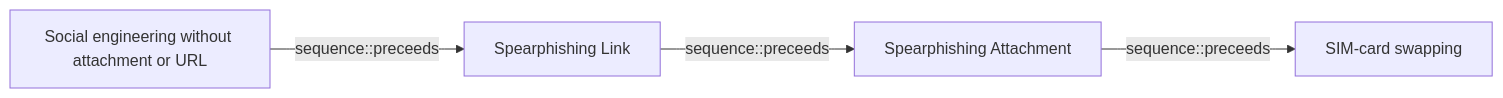
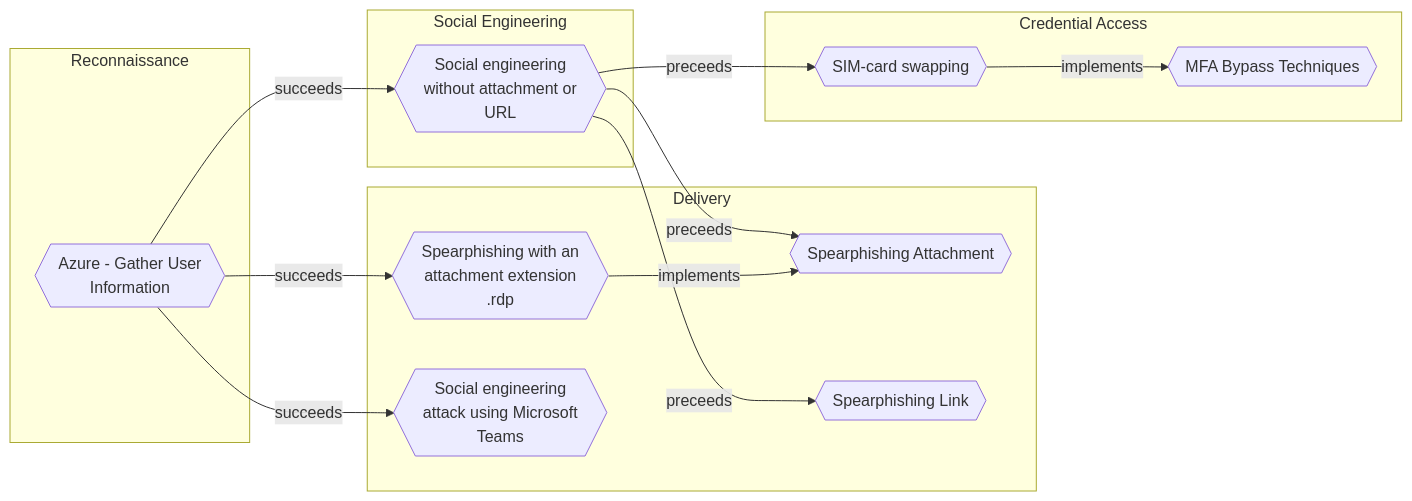
Before and after one commit to opentidehq/library: the diagram in docs/threats/social-engineering-without-attachment-or-url.md, drawn with Mermaid. The commit also changed other lines of this file and 540 other files, not shown here.

````diff
--- a/docs/threats/social-engineering-without-attachment-or-url.md
+++ b/docs/threats/social-engineering-without-attachment-or-url.md
@@ -82,10 +110,27 @@
 ```mermaid
 flowchart LR
-0cdaee96_8595_4f3f_ba07_758b8be9d359["Social engineering without attachment or URL"]
-1a68b5eb_0112_424d_a21f_88dda0b6b8df["Spearphishing Link"]
-dd5d942c_bac4_4000_b9a6_ca4fef6cfb84["Spearphishing Attachment"]
-6a7a493a_511a_4c9d_aa9c_4427c832a322["SIM-card swapping"]
-0cdaee96_8595_4f3f_ba07_758b8be9d359 -->|sequence::preceeds| 1a68b5eb_0112_424d_a21f_88dda0b6b8df
-1a68b5eb_0112_424d_a21f_88dda0b6b8df -->|sequence::preceeds| dd5d942c_bac4_4000_b9a6_ca4fef6cfb84
-dd5d942c_bac4_4000_b9a6_ca4fef6cfb84 -->|sequence::preceeds| 6a7a493a_511a_4c9d_aa9c_4427c832a322
+subgraph "Social Engineering"
+0cdaee96_8595_4f3f_ba07_758b8be9d359{{"Social engineering<br>without attachment or<br>URL"}}
+end
+subgraph "Reconnaissance"
+2900d389_3098_49d3_8166_5b2612d03576{{"Azure - Gather User<br>Information"}}
+end
+subgraph "Delivery"
+58b98d75_fc63_4662_8908_a2a7f4200902{{"Spearphishing with an<br>attachment extension<br>.rdp"}}
+06c60af1_5fa8_493c_bf9b_6b2e215819f1{{"Social engineering<br>attack using Microsoft<br>Teams"}}
+dd5d942c_bac4_4000_b9a6_ca4fef6cfb84{{"Spearphishing Attachment"}}
+1a68b5eb_0112_424d_a21f_88dda0b6b8df{{"Spearphishing Link"}}
+end
+subgraph "Credential Access"
+6a7a493a_511a_4c9d_aa9c_4427c832a322{{"SIM-card swapping"}}
+4a807ac4_f764_41b1_ae6f_94239041d349{{"MFA Bypass Techniques"}}
+end
+2900d389_3098_49d3_8166_5b2612d03576 -->|succeeds| 0cdaee96_8595_4f3f_ba07_758b8be9d359
+2900d389_3098_49d3_8166_5b2612d03576 -->|succeeds| 58b98d75_fc63_4662_8908_a2a7f4200902
+2900d389_3098_49d3_8166_5b2612d03576 -->|succeeds| 06c60af1_5fa8_493c_bf9b_6b2e215819f1
+58b98d75_fc63_4662_8908_a2a7f4200902 -->|implements| dd5d942c_bac4_4000_b9a6_ca4fef6cfb84
+0cdaee96_8595_4f3f_ba07_758b8be9d359 -->|preceeds| 1a68b5eb_0112_424d_a21f_88dda0b6b8df
+0cdaee96_8595_4f3f_ba07_758b8be9d359 -->|preceeds| dd5d942c_bac4_4000_b9a6_ca4fef6cfb84
+0cdaee96_8595_4f3f_ba07_758b8be9d359 -->|preceeds| 6a7a493a_511a_4c9d_aa9c_4427c832a322
+6a7a493a_511a_4c9d_aa9c_4427c832a322 -->|implements| 4a807ac4_f764_41b1_ae6f_94239041d349
 ```
````
